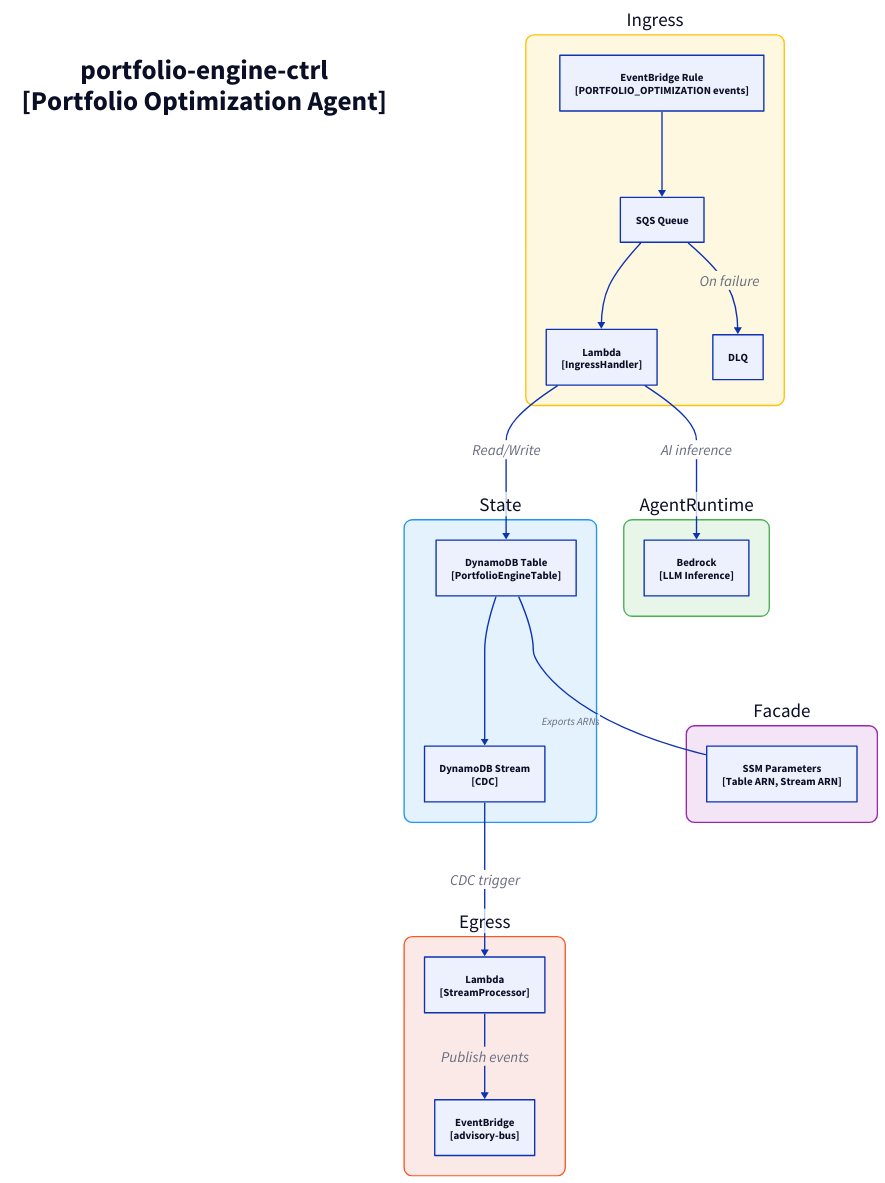
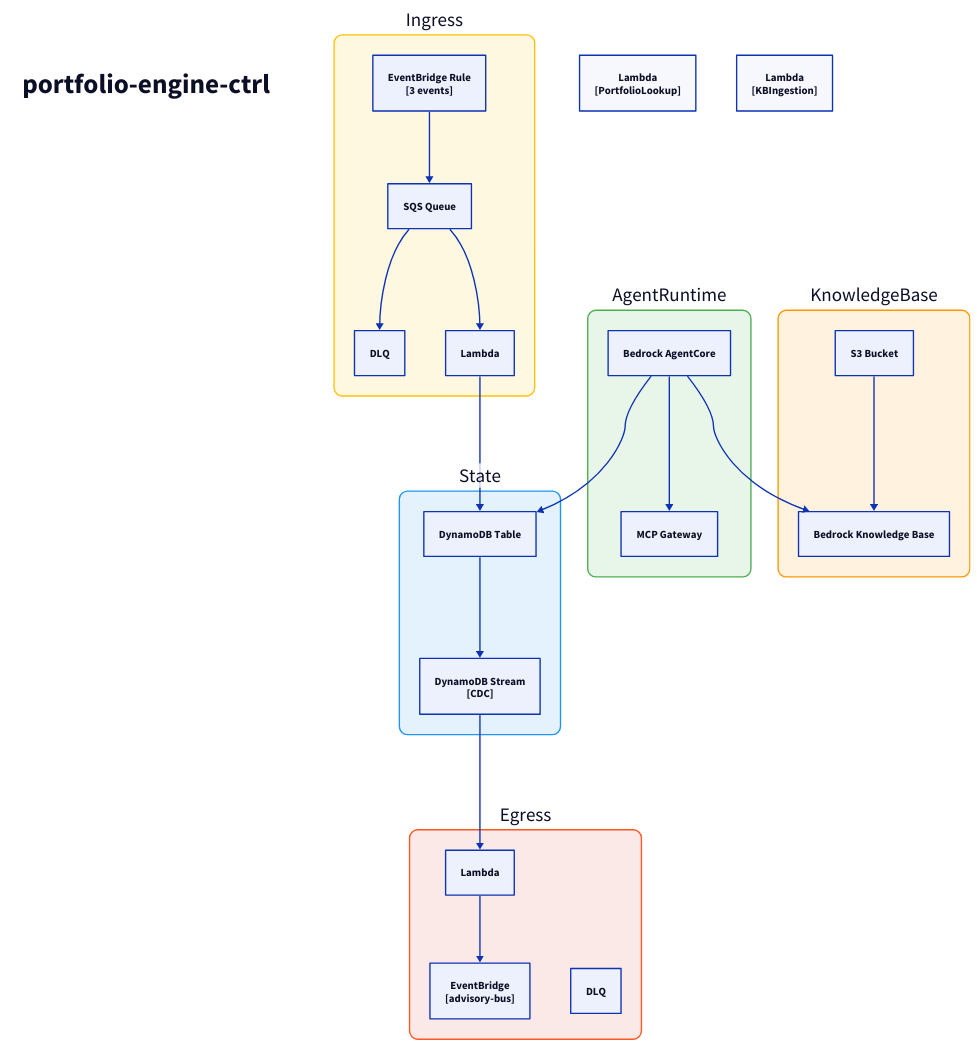
The diagram in docs/architecture/c3/portfolio-engine-ctrl.d2 (fabio-vitali/nestfolio), drawn with D2 before and after one commit. The commit also changed 60 other files, not shown here.

Commit message:
fix: c4 diagram generated

```diff
--- a/docs/architecture/c3/portfolio-engine-ctrl.d2
+++ b/docs/architecture/c3/portfolio-engine-ctrl.d2
@@ -1,53 +1,55 @@
 direction: down
 
-title: "portfolio-engine-ctrl\n[Portfolio Optimization Agent]" {
+title: "portfolio-engine-ctrl" {
   style: { font-size: 40; bold: true; fill: transparent; stroke: transparent }
 }
 
 ingress: "Ingress" {
   style: { fill: "#FFF8E1"; stroke: "#FFC107"; border-radius: 12; font-size: 28 }
+  rule: "EventBridge Rule\n[3 events]" { class: aws-eventbridge }
+  sqs: "SQS Queue" { class: aws-sqs }
+  dlq: "DLQ" { class: aws-dlq }
+  handler: "Lambda" { class: aws-lambda }
 
-  handler-rule: "EventBridge Rule\n[PORTFOLIO_OPTIMIZATION events]" { class: aws-eventbridge }
-  handler-sqs: "SQS Queue" { class: aws-sqs }
-  handler-fn: "Lambda\n[IngressHandler]" { class: aws-lambda }
-  handler-dlq: "DLQ" { class: aws-dlq }
-
-  handler-rule -> handler-sqs -> handler-fn
-  handler-sqs -> handler-dlq: "On failure" {style.font-size: 22}
+  rule -> sqs -> handler
+  sqs -> dlq
 }
 
 state: "State" {
   style: { fill: "#E3F2FD"; stroke: "#2196F3"; border-radius: 12; font-size: 28 }
-
-  table: "DynamoDB Table\n[PortfolioEngineTable]" { class: aws-dynamodb }
+  table: "DynamoDB Table" { class: aws-dynamodb }
   stream: "DynamoDB Stream\n[CDC]" { class: aws-ddb-stream }
-
   table -> stream
 }
 
 egress: "Egress" {
   style: { fill: "#FBE9E7"; stroke: "#FF5722"; border-radius: 12; font-size: 28 }
+  processor: "Lambda" { class: aws-lambda }
+  bus: "EventBridge\n[advisory-bus]" { class: aws-eventbridge }
+  dlq: "DLQ" { class: aws-dlq }
 
-  processor: "Lambda\n[StreamProcessor]" { class: aws-lambda }
-  bus: "EventBridge\n[advisory-bus]" { class: aws-eventbridge }
-
-  processor -> bus: "Publish events" {style.font-size: 22}
+  processor -> bus
 }
 
-facade: "Facade" {
-  style: { fill: "#F3E5F5"; stroke: "#9C27B0"; border-radius: 12; font-size: 28 }
-
-  ssm: "SSM Parameters\n[Table ARN, Stream ARN]" { class: aws-ssm }
+agent-runtime: "AgentRuntime" {
+  style: { fill: "#E8F5E9"; stroke: "#4CAF50"; border-radius: 12; font-size: 28 }
+  runtime: "Bedrock AgentCore" { class: aws-bedrock }
+  gateway: "MCP Gateway" { class: aws-lambda }
+  runtime -> gateway
 }
 
-agent: "AgentRuntime" {
-  style: { fill: "#E8F5E9"; stroke: "#4CAF50"; border-radius: 12; font-size: 28 }
-
-  bedrock: "Bedrock\n[LLM Inference]" { class: aws-bedrock }
+knowledge-base: "KnowledgeBase" {
+  style: { fill: "#FFF3E0"; stroke: "#FF9800"; border-radius: 12; font-size: 28 }
+  kb: "Bedrock Knowledge Base" { class: aws-bedrock }
+  s3: "S3 Bucket" { class: aws-s3 }
+  s3 -> kb
 }
 
+portfolio-lookup: "Lambda\n[PortfolioLookup]" { class: aws-lambda }
+kbingestion: "Lambda\n[KBIngestion]" { class: aws-lambda }
+
 # Flows
-ingress.handler-fn -> state.table: "Read/Write" {style.font-size: 22}
-ingress.handler-fn -> agent.bedrock: "AI inference" {style.font-size: 22}
-state.stream -> egress.processor: "CDC trigger" {style.font-size: 22}
-state.table -- facade.ssm: "Exports ARNs"
+ingress.handler -> state.table
+state.stream -> egress.processor
+agent-runtime.runtime -> knowledge-base.kb
+agent-runtime.runtime -> state.table
```
